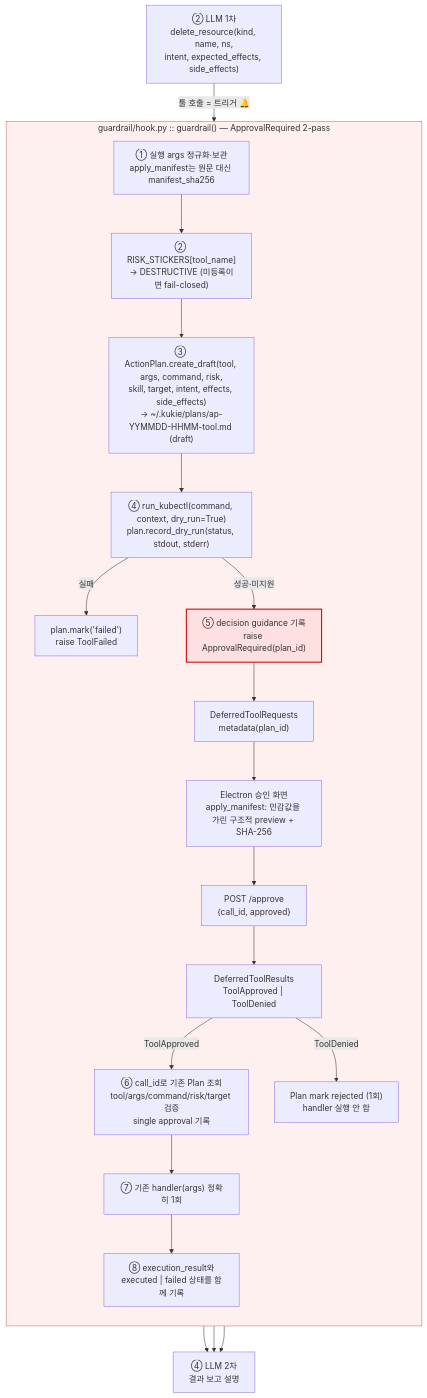
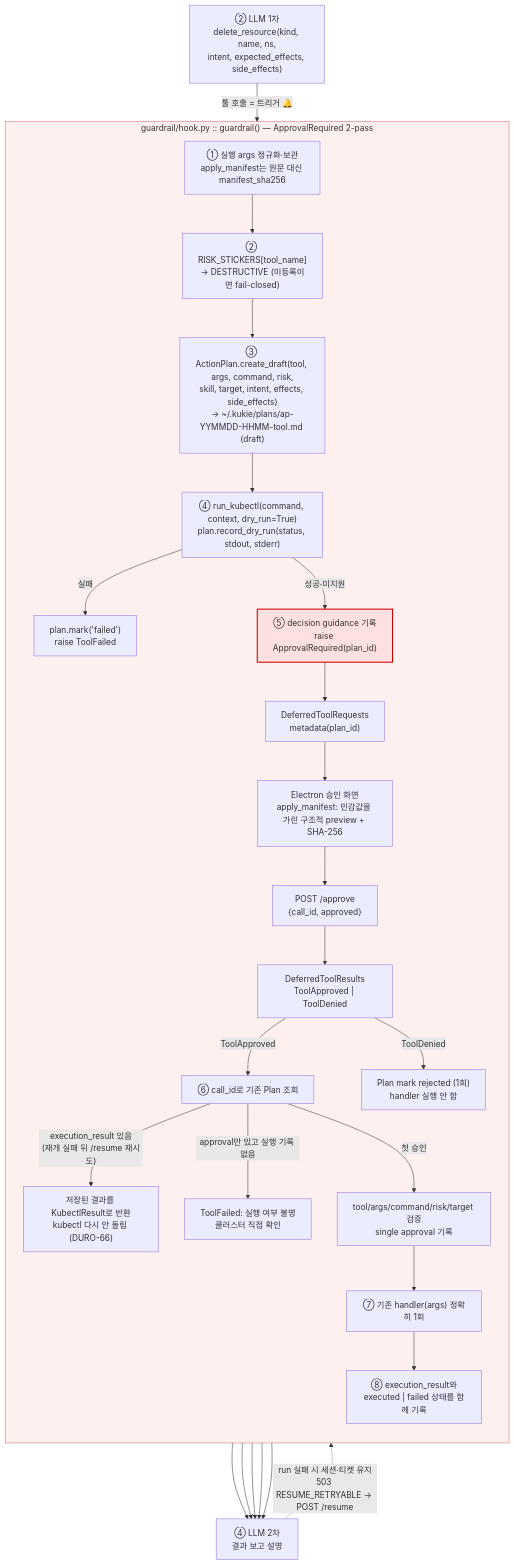
Before and after one commit to durokukie/agent: the second of 3 diagrams in docs/agent-flow.md, drawn with Mermaid.

Commit message:
docs: agent-flow 다이어그램에 재개 재시도 분기 추가 (DURO-66)

````diff
--- a/docs/agent-flow.md
+++ b/docs/agent-flow.md
@@ -51,30 +51,36 @@
 ```mermaid
 flowchart TD
     L1["② LLM 1차<br/>delete_resource(kind, name, ns,<br/>intent, expected_effects, side_effects)"]
     L1 -->|"툴 호출 = 트리거 🔔"| H
 
     subgraph H["guardrail/hook.py :: guardrail() — ApprovalRequired 2-pass"]
         direction TB
         H1["① 실행 args 정규화·보관<br/>apply_manifest는 원문 대신 manifest_sha256"]
         H1 --> H2["② RISK_STICKERS[tool_name]<br/>→ DESTRUCTIVE (미등록이면 fail-closed)"]
         H2 --> H3["③ ActionPlan.create_draft(tool, args, command, risk,<br/>skill, target, intent, effects, side_effects)<br/>→ ~/.kukie/plans/ap-YYMMDD-HHMM-tool.md (draft)"]
         H3 --> H4["④ run_kubectl(command, context, dry_run=True)<br/>plan.record_dry_run(status, stdout, stderr)"]
         H4 -->|"실패"| H4F["plan.mark('failed')<br/>raise ToolFailed"]
         H4 -->|"성공·미지원"| H5["⑤ decision guidance 기록<br/>raise ApprovalRequired(plan_id)"]
         H5 --> P["DeferredToolRequests<br/>metadata(plan_id)"]
         P --> E["Electron 승인 화면<br/>apply_manifest: 민감값을 가린 구조적 preview + SHA-256"]
         E --> A["POST /approve<br/>{call_id, approved}"]
         A --> D["DeferredToolResults<br/>ToolApproved | ToolDenied"]
-        D -->|"ToolApproved"| H5A["⑥ call_id로 기존 Plan 조회<br/>tool/args/command/risk/target 검증<br/>single approval 기록"]
+        D -->|"ToolApproved"| H5P["⑥ call_id로 기존 Plan 조회"]
+        H5P -->|"execution_result 있음<br/>(재개 실패 뒤 /resume 재시도)"| H5X["저장된 결과를 KubectlResult로 반환<br/>kubectl 다시 안 돌림 (DURO-66)"]
+        H5P -->|"approval만 있고 실행 기록 없음"| H5U["ToolFailed: 실행 여부 불명<br/>클러스터 직접 확인"]
+        H5P -->|"첫 승인"| H5A["tool/args/command/risk/target 검증<br/>single approval 기록"]
         D -->|"ToolDenied"| H5R["Plan mark rejected (1회)<br/>handler 실행 안 함"]
         H5A --> H6["⑦ 기존 handler(args) 정확히 1회"]
         H6 --> H7["⑧ execution_result와<br/>executed | failed 상태를 함께 기록"]
     end
 
     H7 --> L2["④ LLM 2차<br/>결과 보고 설명"]
+    H5X --> L2
+    H5U --> L2
     H4F --> L2
     H5R --> L2
+    L2 -.->|"run 실패 시 세션·티켓 유지<br/>503 RESUME_RETRYABLE → POST /resume"| A
 
     style H fill:#fff0f0,stroke:#c66
     style H5 fill:#ffe0e0,stroke:#c00,stroke-width:2px
 ```
````
